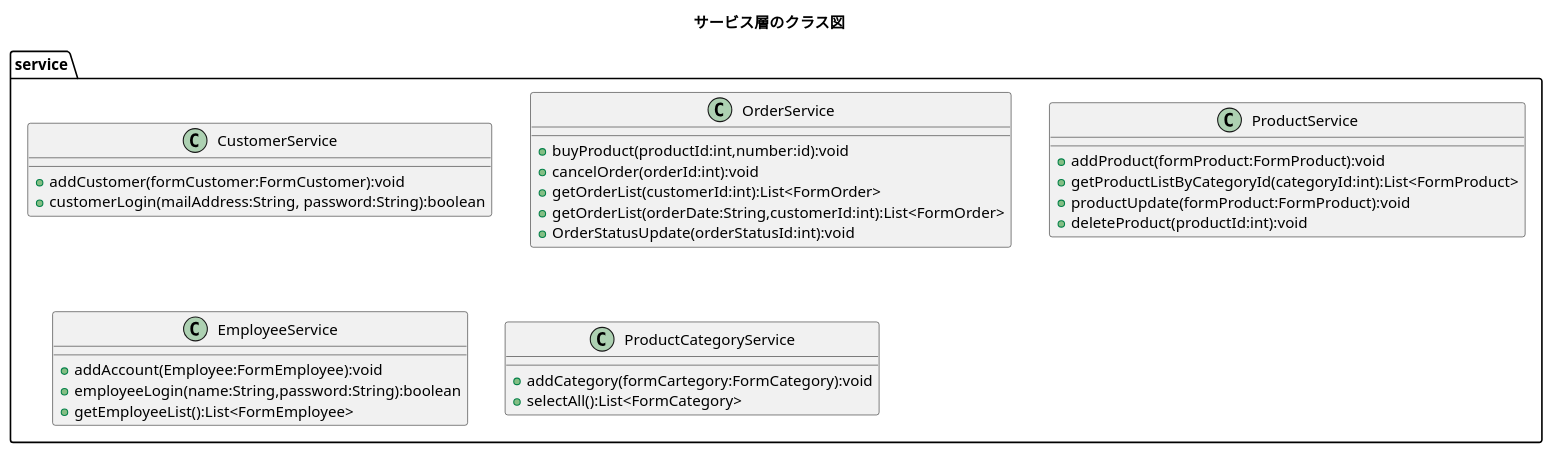
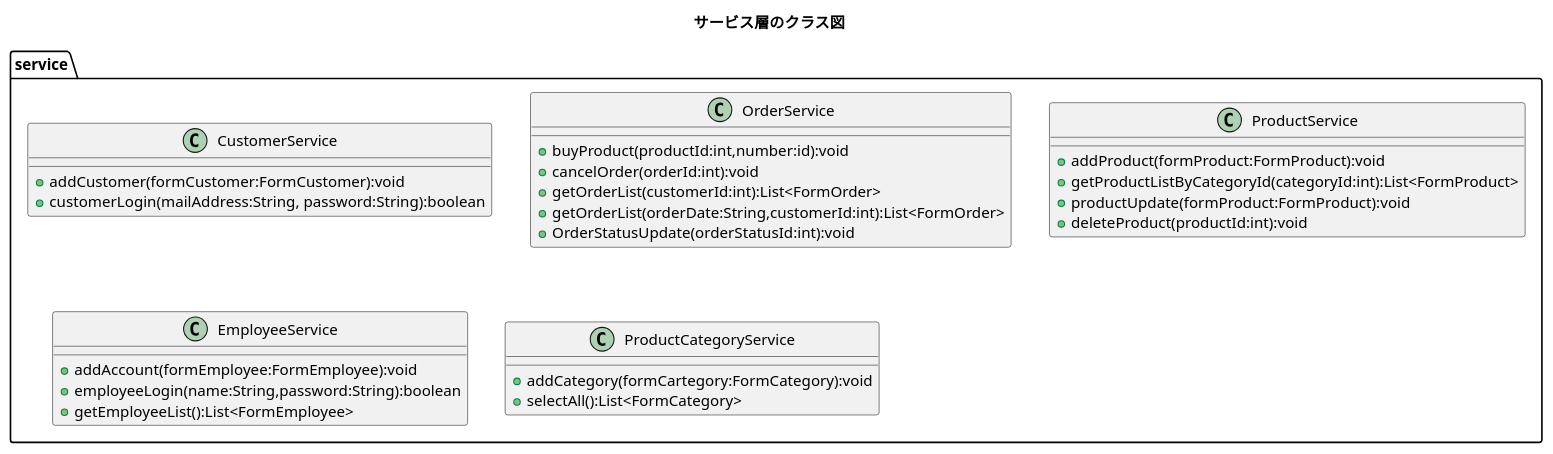
The diagram in plan/uml/class/service.plantuml (kanavii3333/ec-b), drawn with PlantUML before and after one commit.

Commit message:
service.plantuml修正

```diff
--- a/plan/uml/class/service.plantuml
+++ b/plan/uml/class/service.plantuml
@@ -1,36 +1,36 @@
 @startuml
 title サービス層のクラス図
 package service{
 	class CustomerService{
 		+ addCustomer(formCustomer:FormCustomer):void
 		+ customerLogin(mailAddress:String, password:String):boolean
 	}
 	
 	class OrderService{
 		+ buyProduct(productId:int,number:id):void
 		+ cancelOrder(orderId:int):void
 		+ getOrderList(customerId:int):List<FormOrder>
 		+ getOrderList(orderDate:String,customerId:int):List<FormOrder>
 		+ OrderStatusUpdate(orderStatusId:int):void
 	}
 	
 	class ProductService{
 		+ addProduct(formProduct:FormProduct):void
 		+ getProductListByCategoryId(categoryId:int):List<FormProduct>
 		+ productUpdate(formProduct:FormProduct):void
 		+ deleteProduct(productId:int):void
 	}
 
 
 	class EmployeeService{
-		+ addAccount(Employee:FormEmployee):void
+		+ addAccount(formEmployee:FormEmployee):void
 		+ employeeLogin(name:String,password:String):boolean
 		+ getEmployeeList():List<FormEmployee>
 	}
 	
 	class ProductCategoryService{
 		+ addCategory(formCartegory:FormCategory):void
 		+ selectAll():List<FormCategory>
 	}	
 }
 @enduml
```
